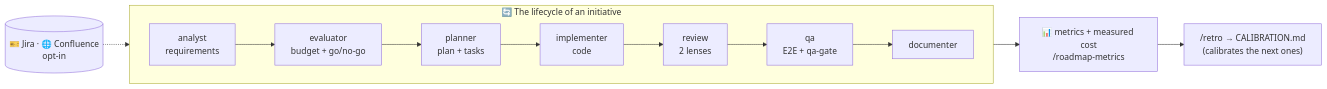
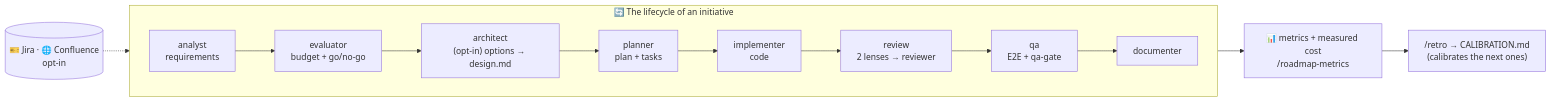
One commit to daycry/custom-agents changed the diagram in docs/en/README.md. Above: the diagram before and after it, drawn with Mermaid. The commit also changed other lines of this file and 215 other files, not shown here.

````diff
--- a/docs/en/README.md
+++ b/docs/en/README.md
@@ -7,10 +7,10 @@
 ```mermaid
 flowchart LR
     subgraph ciclo["🔄 The lifecycle of an initiative"]
         direction LR
-        A["analyst<br/>requirements"] --> E["evaluator<br/>budget + go/no-go"] --> P["planner<br/>plan + tasks"] --> I["implementer<br/>code"] --> R["review<br/>2 lenses"] --> Q["qa<br/>E2E + qa-gate"] --> D["documenter"]
+        A["analyst<br/>requirements"] --> E["evaluator<br/>budget + go/no-go"] --> AR["architect<br/>(opt-in) options → design.md"] --> P["planner<br/>plan + tasks"] --> I["implementer<br/>code"] --> R["review<br/>2 lenses → reviewer"] --> Q["qa<br/>E2E + qa-gate"] --> D["documenter"]
     end
     ciclo --> M["📊 metrics + measured cost<br/>/roadmap-metrics"]
     M --> RT["/retro → CALIBRATION.md<br/>(calibrates the next ones)"]
     J[("🎫 Jira · 🌐 Confluence<br/>opt-in")] -.-> ciclo
 ```
````
